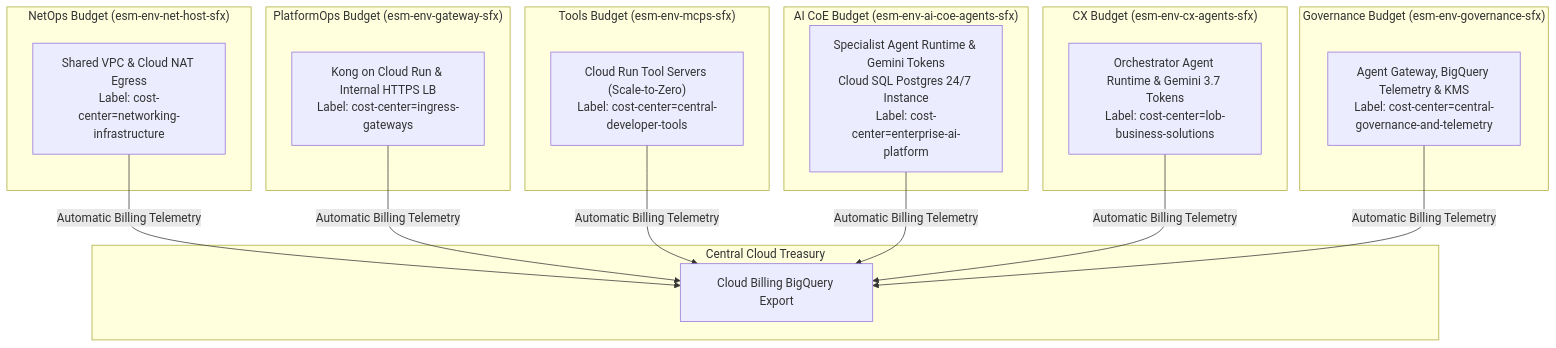
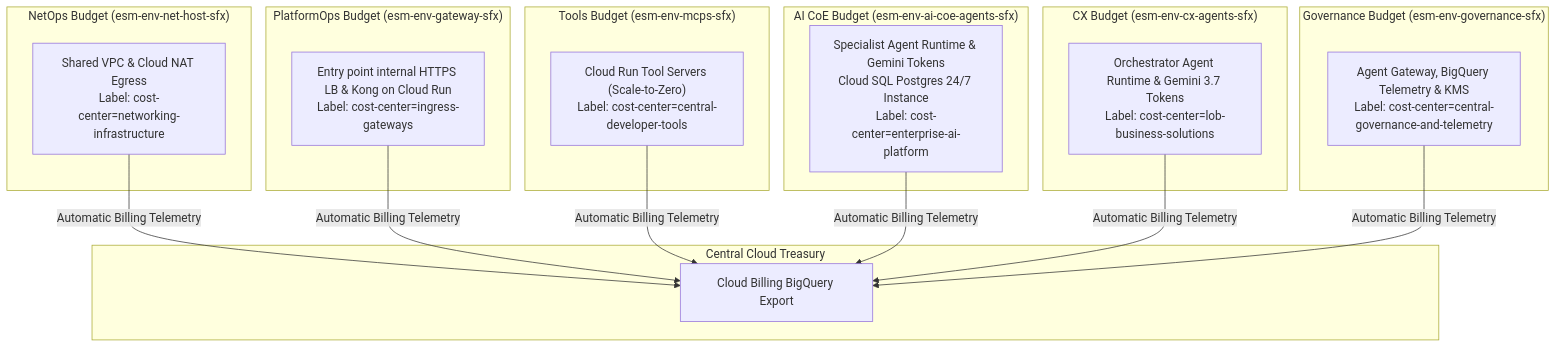
One commit to google/esmeralda changed the second of 2 diagrams in docs/src/1-platform-foundations/01-projects-and-finops.md. Above: the diagram before and after it, drawn with Mermaid. The commit also changed other lines of this file and 10 other files, not shown here.

First line of the commit message:
docs: describe the entry point, the gateway contract and host-by-host migration

````diff
--- a/docs/src/1-platform-foundations/01-projects-and-finops.md
+++ b/docs/src/1-platform-foundations/01-projects-and-finops.md
@@ -99,32 +99,32 @@
 ```mermaid
 flowchart TD
     subgraph Treasury["Central Cloud Treasury"]
         Export["Cloud Billing BigQuery Export"]
     end
 
     subgraph NetOps["NetOps Budget (esm-env-net-host-sfx)"]
         C0["Shared VPC & Cloud NAT Egress<br/>Label: cost-center=networking-infrastructure"]
     end
 
     subgraph PlatformOps["PlatformOps Budget (esm-env-gateway-sfx)"]
-        C_GW["Kong on Cloud Run & Internal HTTPS LB<br/>Label: cost-center=ingress-gateways"]
+        C_GW["Entry point internal HTTPS LB & Kong on Cloud Run<br/>Label: cost-center=ingress-gateways"]
     end
 
     subgraph AppDev["Tools Budget (esm-env-mcps-sfx)"]
         C1["Cloud Run Tool Servers (Scale-to-Zero)<br/>Label: cost-center=central-developer-tools"]
     end
 
     subgraph CoreAI["AI CoE Budget (esm-env-ai-coe-agents-sfx)"]
         C2["Specialist Agent Runtime & Gemini Tokens<br/>Cloud SQL Postgres 24/7 Instance<br/>Label: cost-center=enterprise-ai-platform"]
     end
 
     subgraph BU["CX Budget (esm-env-cx-agents-sfx)"]
         C3["Orchestrator Agent Runtime & Gemini 3.7 Tokens<br/>Label: cost-center=lob-business-solutions"]
     end
 
     subgraph Gov["Governance Budget (esm-env-governance-sfx)"]
         C4["Agent Gateway, BigQuery Telemetry & KMS<br/>Label: cost-center=central-governance-and-telemetry"]
     end
 
     C0 & C_GW & C1 & C2 & C3 & C4 -->|Automatic Billing Telemetry| Export
 ```
````
